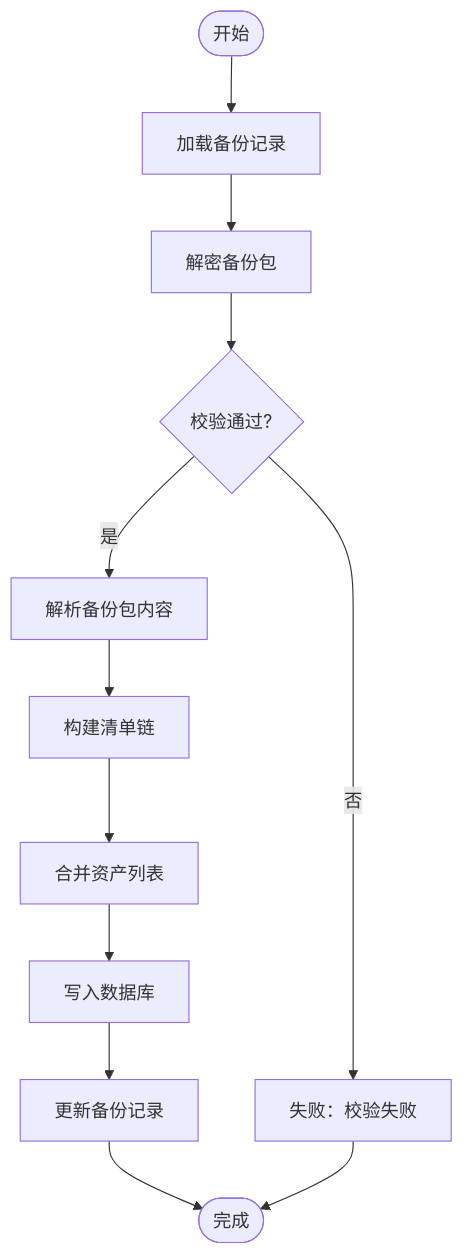
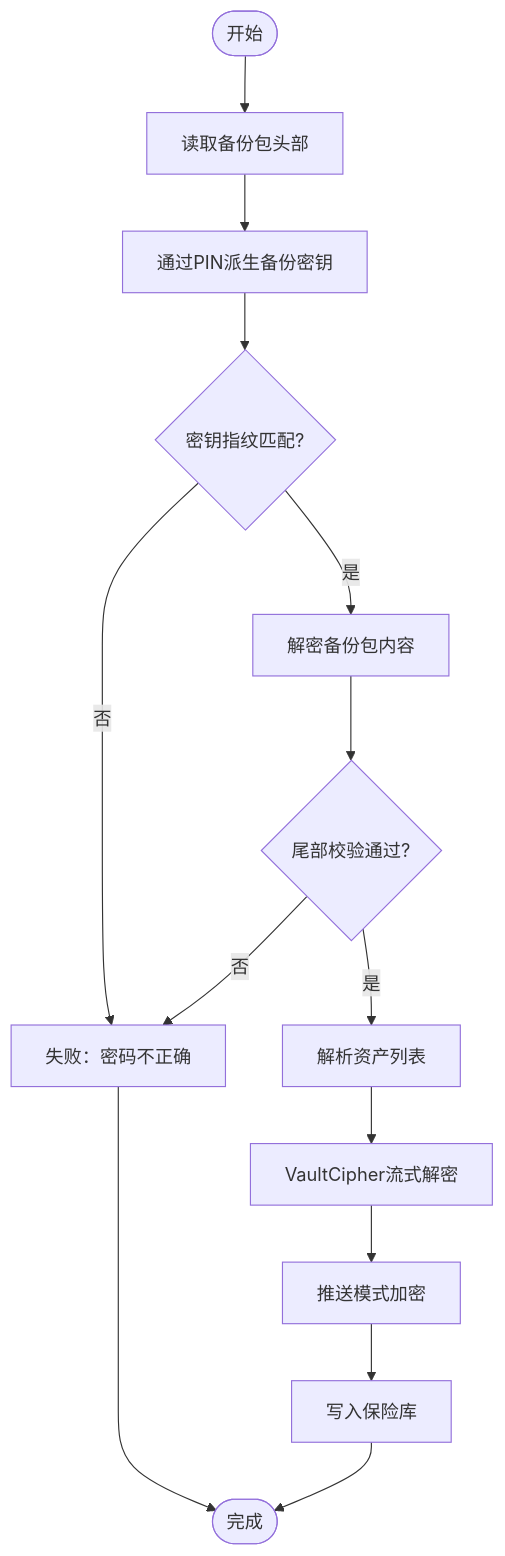
Before and after one commit to wanhongbo/ai-photo-vault: diagram 17 of 18 in .qoder/repowiki/zh/content/核心功能模块/备份恢复系统.md, drawn with Mermaid. The commit also changed other lines of this file and 22 other files, not shown here.

````diff
--- a/.qoder/repowiki/zh/content/核心功能模块/备份恢复系统.md
+++ b/.qoder/repowiki/zh/content/核心功能模块/备份恢复系统.md
@@ -532,14 +918,16 @@
 ```mermaid
 flowchart TD
-Start(["开始"]) --> LoadRec["加载备份记录"]
-LoadRec --> Decrypt["解密备份包"]
-Decrypt --> Verify{"校验通过?"}
-Verify --> |否| Fail["失败：校验失败"]
-Verify --> |是| Parse["解析备份包内容"]
-Parse --> BuildChain["构建清单链"]
-BuildChain --> MergeAssets["合并资产列表"]
-MergeAssets --> WriteDB["写入数据库"]
-WriteDB --> UpdateRec["更新备份记录"]
-UpdateRec --> Done(["完成"])
+Start(["开始"]) --> ReadHeader["读取备份包头部"]
+ReadHeader --> DeriveKey["通过PIN派生备份密钥"]
+DeriveKey --> VerifyFp{"密钥指纹匹配?"}
+VerifyFp --> |否| Fail["失败：密码不正确"]
+VerifyFp --> |是| Decrypt["解密备份包内容"]
+Decrypt --> VerifySha256{"尾部校验通过?"}
+VerifySha256 --> |否| Fail
+VerifySha256 --> |是| ParseAssets["解析资产列表"]
+ParseAssets --> StreamDecrypt["VaultCipher流式解密"]
+StreamDecrypt --> PushEncrypt["推送模式加密"]
+PushEncrypt --> WriteVault["写入保险库"]
+WriteVault --> Done(["完成"])
 Fail --> Done
 ```
````
